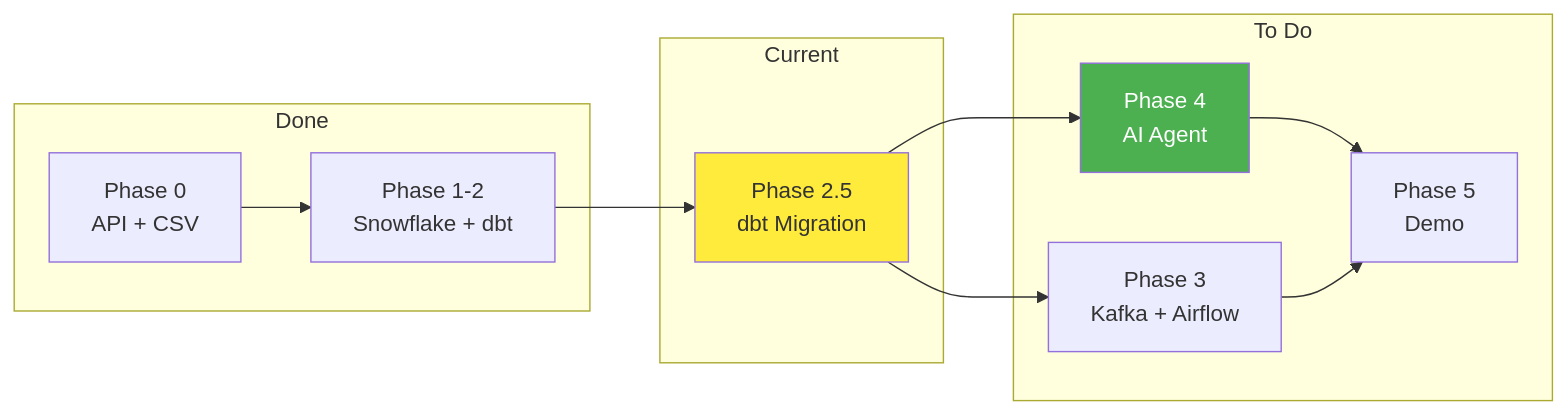
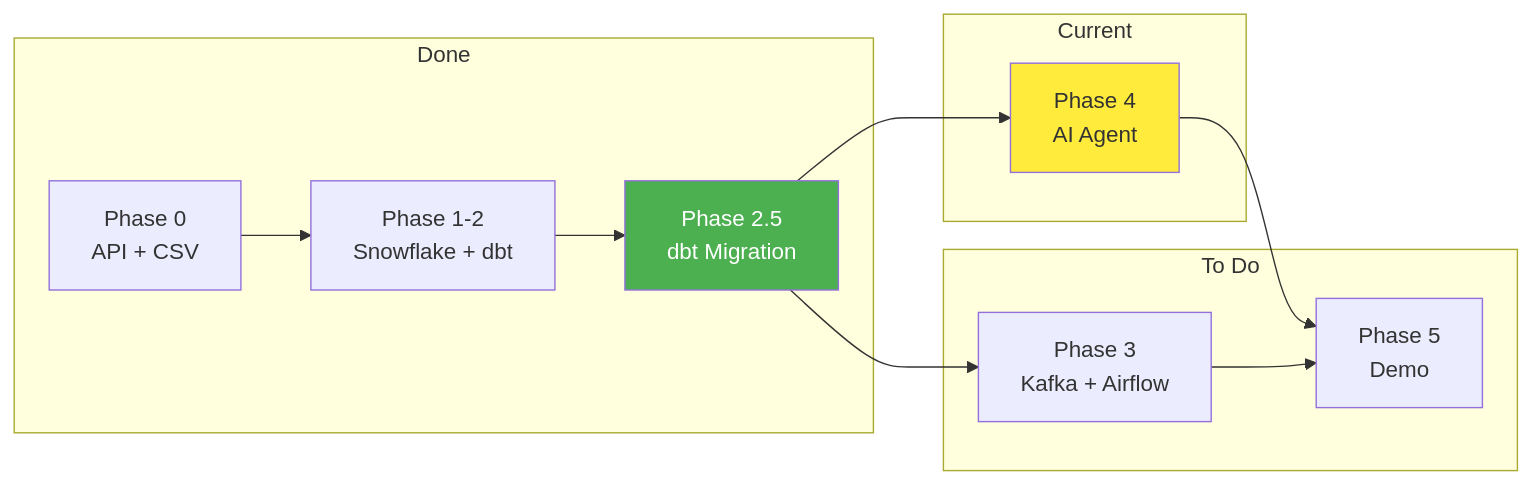
One commit to ThaiLe1220/fa-c002-lab-eu changed the diagram in docs/PROJECT_PLAN.md. Above: the diagram before and after it, drawn with Mermaid. The commit also changed other lines of this file and 2 other files, not shown here.

First line of the commit message:
docs: add comprehensive Phase 4 AI Agent implementation plan

````diff
--- a/docs/PROJECT_PLAN.md
+++ b/docs/PROJECT_PLAN.md
@@ -5,25 +5,25 @@
 ```mermaid
 graph LR
     subgraph "Done"
         P0[Phase 0<br/>API + CSV]
         P1[Phase 1-2<br/>Snowflake + dbt]
+        P25[Phase 2.5<br/>dbt Migration]
     end
 
     subgraph "Current"
-        P25[Phase 2.5<br/>dbt Migration]
+        P4[Phase 4<br/>AI Agent]
     end
 
     subgraph "To Do"
-        P4[Phase 4<br/>AI Agent]
         P3[Phase 3<br/>Kafka + Airflow]
         P5[Phase 5<br/>Demo]
     end
 
     P0 --> P1 --> P25 --> P4
     P25 --> P3
     P4 --> P5
     P3 --> P5
 
-    style P25 fill:#ffeb3b
-    style P4 fill:#4caf50,color:#fff
+    style P4 fill:#ffeb3b
+    style P25 fill:#4caf50,color:#fff
 ```
````
